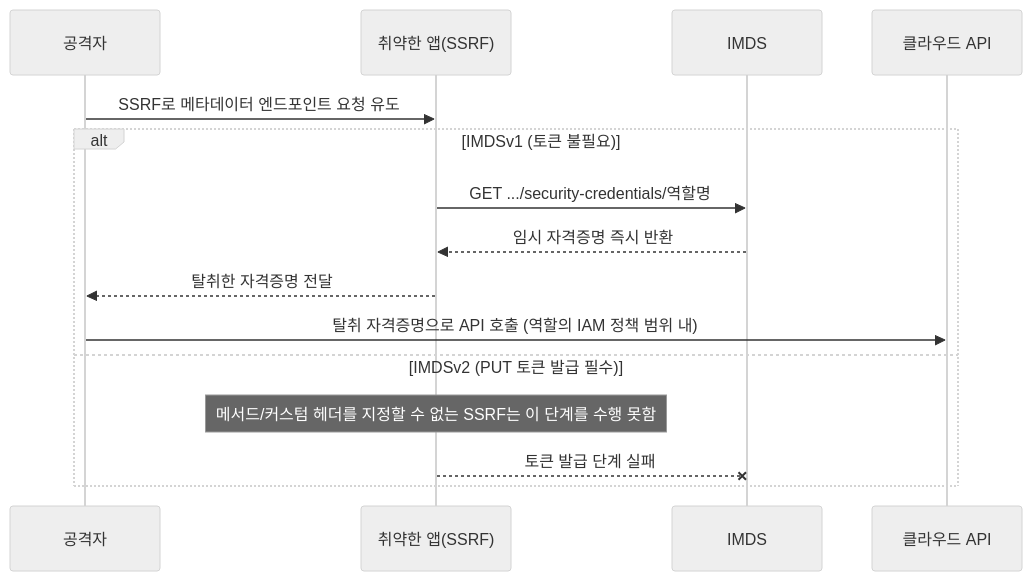
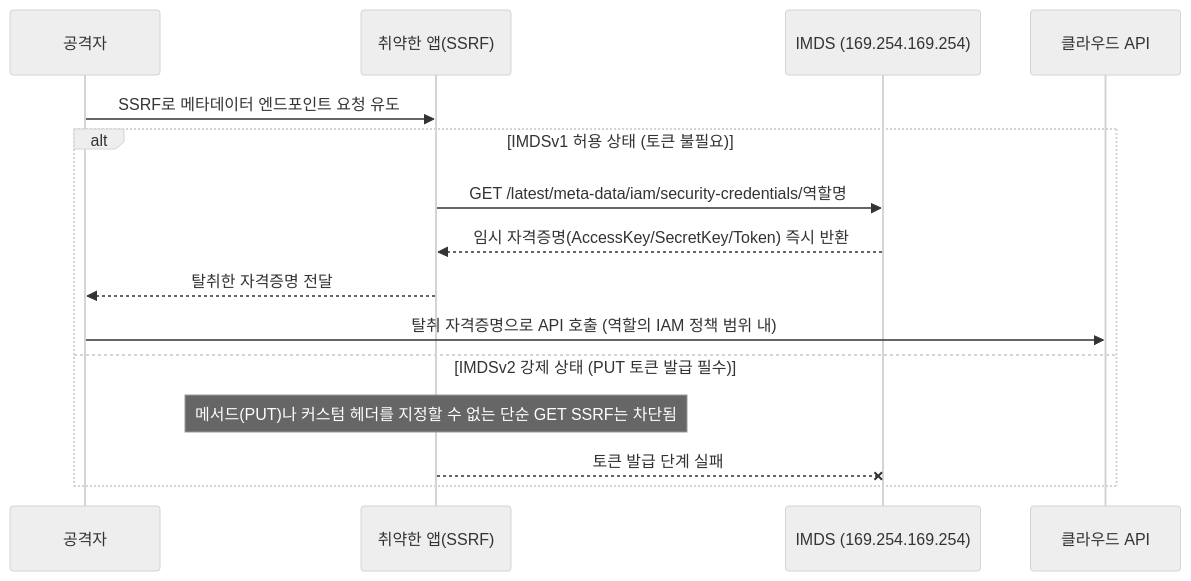
The second of 2 diagrams in content/웹취약점/웹 취약점 진단 인프라편 — CI-CD와 클라우드 설정 노출.md (gooyong-sec/gooyong-sec.github.io), drawn with Mermaid (neutral theme) before and after one commit. The commit also changed other lines of this file and 68 other files, not shown here.

````diff
--- a/content/웹취약점/웹 취약점 진단 인프라편 — CI-CD와 클라우드 설정 노출.md
+++ b/content/웹취약점/웹 취약점 진단 인프라편 — CI-CD와 클라우드 설정 노출.md
@@ -58,17 +138,17 @@
 ```mermaid
 sequenceDiagram
     participant A as 공격자
     participant V as 취약한 앱(SSRF)
-    participant I as IMDS
+    participant I as IMDS (169.254.169.254)
     participant C as 클라우드 API
     A->>V: SSRF로 메타데이터 엔드포인트 요청 유도
-    alt IMDSv1 (토큰 불필요)
-        V->>I: GET .../security-credentials/역할명
-        I-->>V: 임시 자격증명 즉시 반환
+    alt IMDSv1 허용 상태 (토큰 불필요)
+        V->>I: GET /latest/meta-data/iam/security-credentials/역할명
+        I-->>V: 임시 자격증명(AccessKey/SecretKey/Token) 즉시 반환
         V-->>A: 탈취한 자격증명 전달
         A->>C: 탈취 자격증명으로 API 호출 (역할의 IAM 정책 범위 내)
-    else IMDSv2 (PUT 토큰 발급 필수)
-        Note over V: 메서드/커스텀 헤더를 지정할 수 없는 SSRF는 이 단계를 수행 못함
+    else IMDSv2 강제 상태 (PUT 토큰 발급 필수)
+        Note over V: 메서드(PUT)나 커스텀 헤더를 지정할 수 없는 단순 GET SSRF는 차단됨
         V--xI: 토큰 발급 단계 실패
     end
 ```
````
